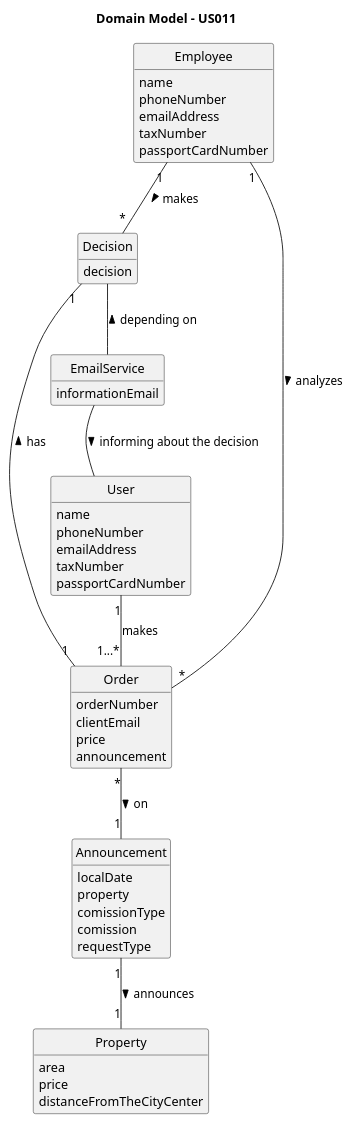
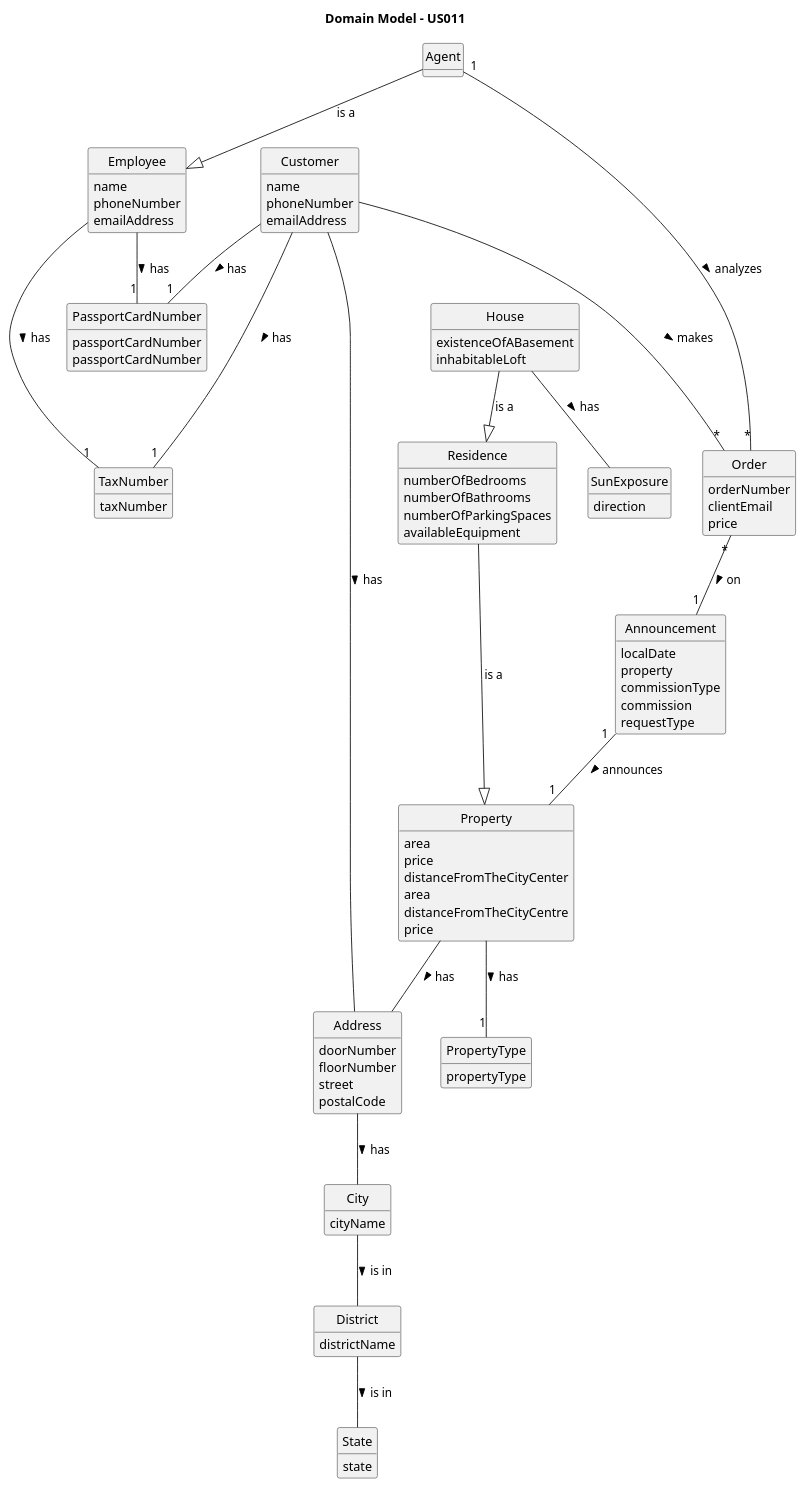
One commit to 1220812/LAPR2 changed the diagram in docs/sprintD/us011/02.analysis/puml/us011-domain-model.puml. Above: the diagram before and after it, drawn with PlantUML. The commit also changed 6 other files, not shown here.

```diff
--- a/docs/sprintD/us011/02.analysis/puml/us011-domain-model.puml
+++ b/docs/sprintD/us011/02.analysis/puml/us011-domain-model.puml
@@ -1,71 +1,129 @@
 @startuml
 skinparam monochrome true
 skinparam packageStyle rectangle
 skinparam shadowing false
+skinparam lyne type ortho
 
 'left to right direction
 
 skinparam classAttributeIconSize 0
 
 hide circle
 hide methods
 
 title Domain Model - US011
 
 class Property{
 area
 price
 distanceFromTheCityCenter
 }
 
 class Employee{
 name
 phoneNumber
 emailAddress
-taxNumber
-passportCardNumber
 }
 
-class Decision{
-decision
+class Agent{
 }
 
 class Order{
 orderNumber
 clientEmail
 price
-announcement
 }
 
 
-class User{
+class Customer{
 name
 phoneNumber
 emailAddress
-taxNumber
-passportCardNumber
 }
 
 class Announcement{
 localDate
 property
-comissionType
-comission
+commissionType
+commission
 requestType
 }
 
-class EmailService{
-informationEmail
+class Property{
+area
+distanceFromTheCityCentre
+price
 }
 
+class Residence{
+numberOfBedrooms
+numberOfBathrooms
+numberOfParkingSpaces
+availableEquipment
+}
 
-Employee "1" -- "*" Decision : makes >
+class House{
+existenceOfABasement
+inhabitableLoft
+}
+
+class SunExposure{
+direction
+}
+
+class PropertyType{
+propertyType
+}
+
+class PassportCardNumber{
+passportCardNumber
+}
+
+class District{
+districtName
+}
+
+class State{
+state
+}
+
+class City{
+cityName
+}
+
+class Address{
+doorNumber
+floorNumber
+street
+postalCode
+}
+
+class TaxNumber{
+taxNumber
+}
+
+class PassportCardNumber{
+passportCardNumber
+}
+
 Announcement "1" -- "1" Property : announces >
-User "1" -- "1...*" Order : makes
 Order "*" -- "1" Announcement : > on
-Employee "1" --"*" Order : analyzes >
-Decision "1" -- "1" Order : has <
-Decision -- EmailService : depending on <
-EmailService -- User : informing about the decision >
+Agent "1" --"*" Order : analyzes >
+Agent --|> Employee : is a
+Residence ---|> Property : is a
+House --|> Residence : is a
+House -- SunExposure : has >
+Customer -- "1" TaxNumber : has >
+Customer -- "1" PassportCardNumber : has >
+Employee --- "1" TaxNumber : has >
+Employee -- "1" PassportCardNumber : has >
+Property -- Address : has >
+Address -- City : has >
+City -- District : is in >
+District -- State : is in >
+Customer -- Address : has >
+Property -- "1" PropertyType : has >
+Customer --- "*" Order : makes >
+
 
 @enduml
```
